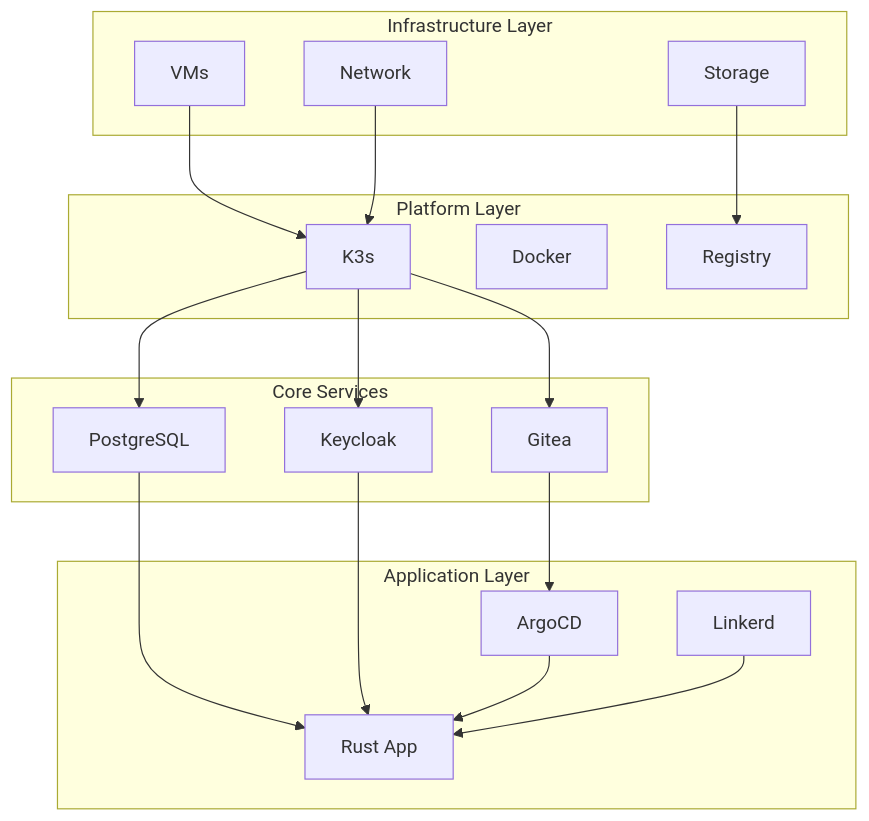
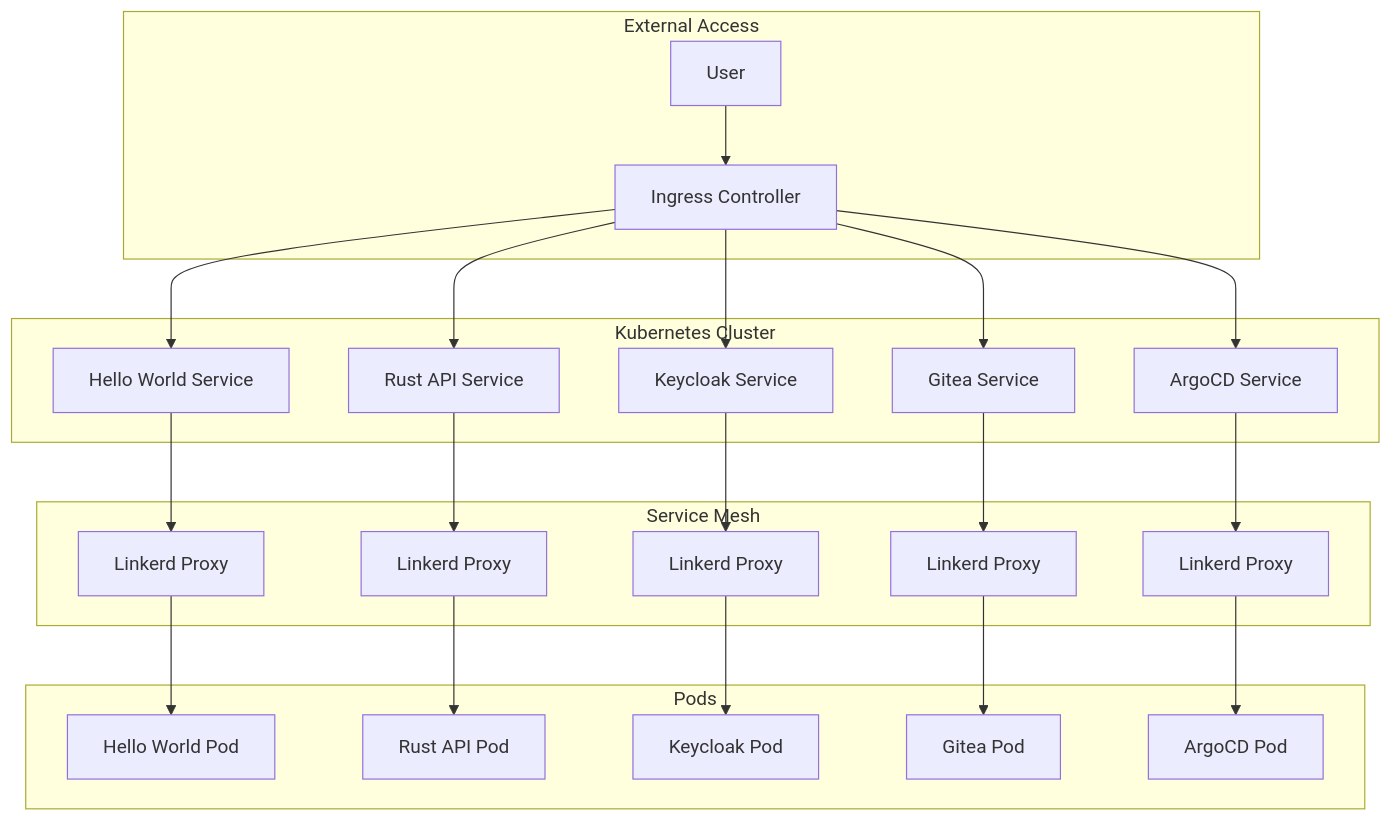
Before and after one commit to Celine-Coralie-Eni/k3s-lab: the third of 6 diagrams in docs/architecture.md, drawn with Mermaid. The commit also changed other lines of this file and 6 other files, not shown here.

````diff
--- a/docs/architecture.md
+++ b/docs/architecture.md
@@ -167,41 +64,30 @@
 ```mermaid
-graph TD
-    subgraph "Infrastructure Layer"
-        VMS[VMs]
-        NET[Network]
-        STORAGE[Storage]
+graph TB
+    subgraph "External Access"
+        USER[User] --> INGRESS[Ingress Controller]
     end
     
-    subgraph "Platform Layer"
-        K3S[K3s]
-        DOCKER[Docker]
-        REGISTRY[Registry]
+    subgraph "Kubernetes Cluster"
+        INGRESS --> SVC1[Hello World Service]
+        INGRESS --> SVC2[Rust API Service]
+        INGRESS --> SVC3[Keycloak Service]
+        INGRESS --> SVC4[Gitea Service]
+        INGRESS --> SVC5[ArgoCD Service]
     end
     
-    subgraph "Core Services"
-        POSTGRES[PostgreSQL]
-        KEYCLOAK[Keycloak]
-        GITEA[Gitea]
+    subgraph "Service Mesh"
+        SVC1 --> PROXY1[Linkerd Proxy]
+        SVC2 --> PROXY2[Linkerd Proxy]
+        SVC3 --> PROXY3[Linkerd Proxy]
+        SVC4 --> PROXY4[Linkerd Proxy]
+        SVC5 --> PROXY5[Linkerd Proxy]
     end
     
-    subgraph "Application Layer"
-        RUST_APP[Rust App]
-        ARGOCD[ArgoCD]
-        LINKERD[Linkerd]
+    subgraph "Pods"
+        PROXY1 --> POD1[Hello World Pod]
+        PROXY2 --> POD2[Rust API Pod]
+        PROXY3 --> POD3[Keycloak Pod]
+        PROXY4 --> POD4[Gitea Pod]
+        PROXY5 --> POD5[ArgoCD Pod]
     end
-    
-    VMS --> K3S
-    NET --> K3S
-    STORAGE --> REGISTRY
-    
-    K3S --> POSTGRES
-    K3S --> KEYCLOAK
-    K3S --> GITEA
-    
-    POSTGRES --> RUST_APP
-    KEYCLOAK --> RUST_APP
-    GITEA --> ARGOCD
-    
-    ARGOCD --> RUST_APP
-    LINKERD --> RUST_APP
 ```
````
